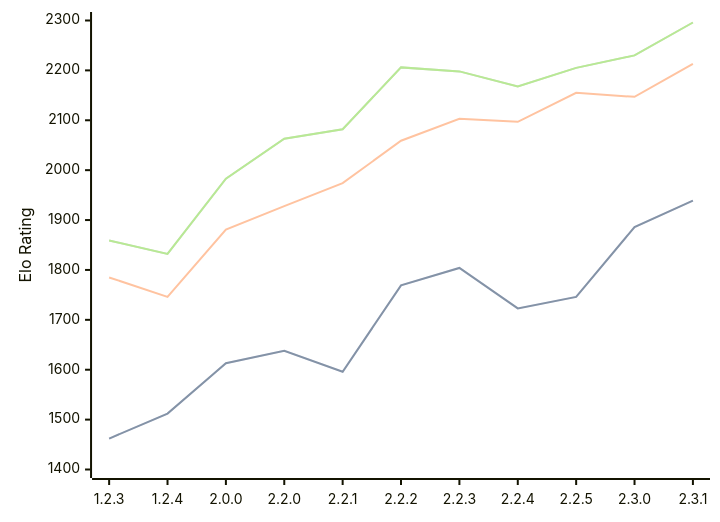
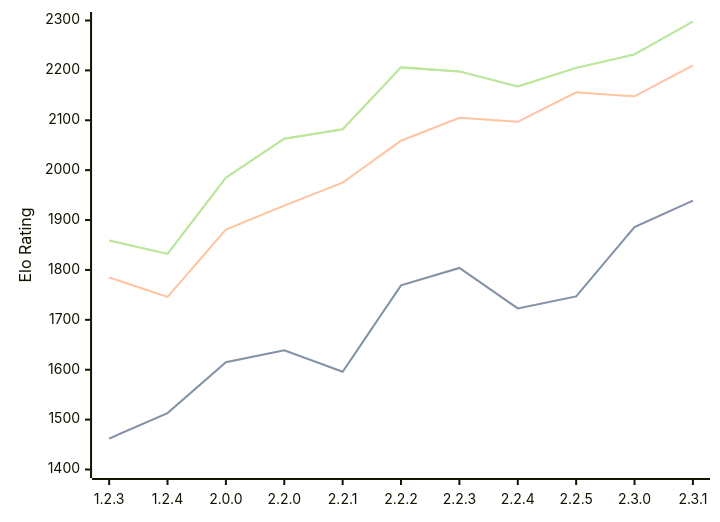
One commit to computer-chess-index/cci changed the diagram in engines/Kreveta.md. Above: the diagram before and after it, drawn with Mermaid. The commit also changed other lines of this file, not shown here.

Commit message:
Update CCI Ratings (ELO VLTC) - 2026-07-25

````diff
--- a/engines/Kreveta.md
+++ b/engines/Kreveta.md
@@ -43,11 +43,11 @@
 ```mermaid
 %%{init: {"theme":"base","themeVariables":{"seriesColors:['#a3a3a3','#222221','#faa371']}}}%%
 xychart-beta
   x-axis ["1.2.3", "1.2.4", "2.0.0", "2.2.0", "2.2.1", "2.2.2", "2.2.3", "2.2.4", "2.2.5", "2.3.0", "2.3.1"]
   y-axis "Elo Rating" 1400 --> 2300
-  line "STC (8.0+0.08s)" [1462, 1512, 1613, 1638, 1596, 1769, 1804, 1723, 1746, 1886, 1939]
-  line "STC (8.0+0.08s)" [1462, 1512, 1613, 1638, 1596, 1769, 1804, 1723, 1746, 1886, 1939]
-  line "LTC (60.0+0.60s)" [1785, 1746, 1881, 1928, 1974, 2059, 2103, 2097, 2155, 2147, 2213]
-  line "VLTC (2m24s+1.12s)" [1859, 1832, 1983, 2063, 2082, 2206, 2198, 2168, 2205, 2230, 2296]
-  line "VLTC (2m24s+1.12s)" [1859, 1832, 1983, 2063, 2082, 2206, 2198, 2168, 2205, 2230, 2296]
+  line "STC (8.0+0.08s)" [1462, 1513, 1615, 1639, 1596, 1769, 1804, 1723, 1747, 1886, 1939]
+  line "STC (8.0+0.08s)" [1462, 1513, 1615, 1639, 1596, 1769, 1804, 1723, 1747, 1886, 1939]
+  line "LTC (60.0+0.60s)" [1785, 1746, 1881, 1929, 1975, 2059, 2105, 2097, 2156, 2148, 2210]
+  line "VLTC (2m24s+1.12s)" [1859, 1832, 1985, 2063, 2082, 2206, 2198, 2168, 2205, 2232, 2298]
+  line "VLTC (2m24s+1.12s)" [1859, 1832, 1985, 2063, 2082, 2206, 2198, 2168, 2205, 2232, 2298]
 ```
````
